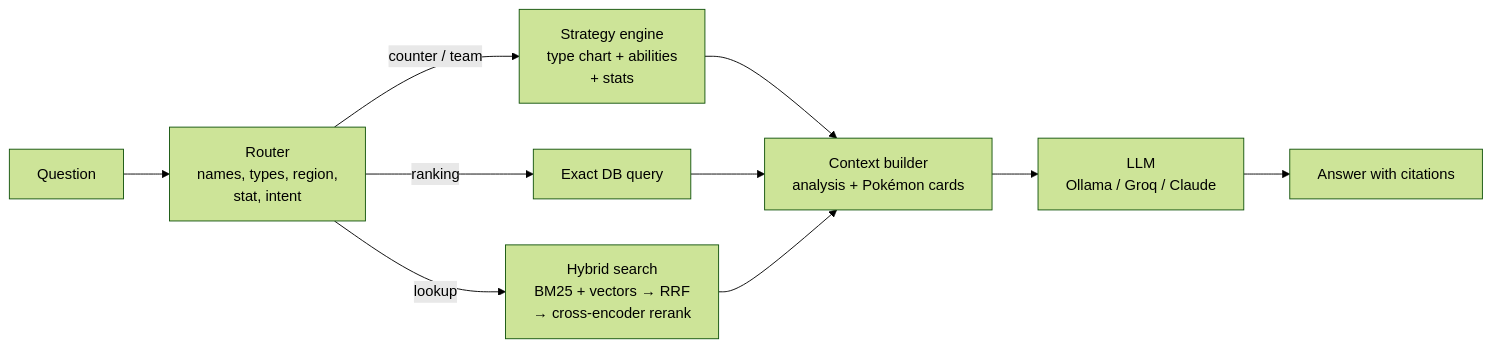
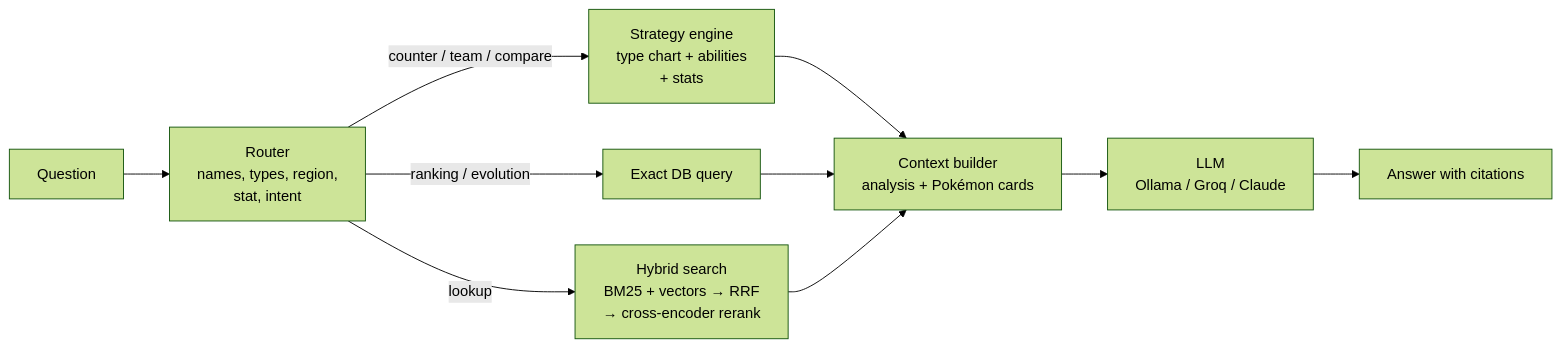
The diagram in README.md (theguyingreyhoodie/PokeRAG), drawn with Mermaid (forest theme) before and after one commit. The commit also changed other lines of this file and 7 other files, not shown here.

````diff
--- a/README.md
+++ b/README.md
@@ -29,12 +31,12 @@
 ```mermaid
 flowchart LR
     Q[Question] --> R[Router<br/>names, types, region,<br/>stat, intent]
-    R -->|counter / team| S[Strategy engine<br/>type chart + abilities<br/>+ stats]
-    R -->|ranking| D[Exact DB query]
+    R -->|counter / team / compare| S[Strategy engine<br/>type chart + abilities<br/>+ stats]
+    R -->|ranking / evolution| D[Exact DB query]
     R -->|lookup| H[Hybrid search<br/>BM25 + vectors → RRF<br/>→ cross-encoder rerank]
     S --> C[Context builder<br/>analysis + Pokémon cards]
     D --> C
     H --> C
     C --> L[LLM<br/>Ollama / Groq / Claude]
     L --> A[Answer with citations]
 ```
````
